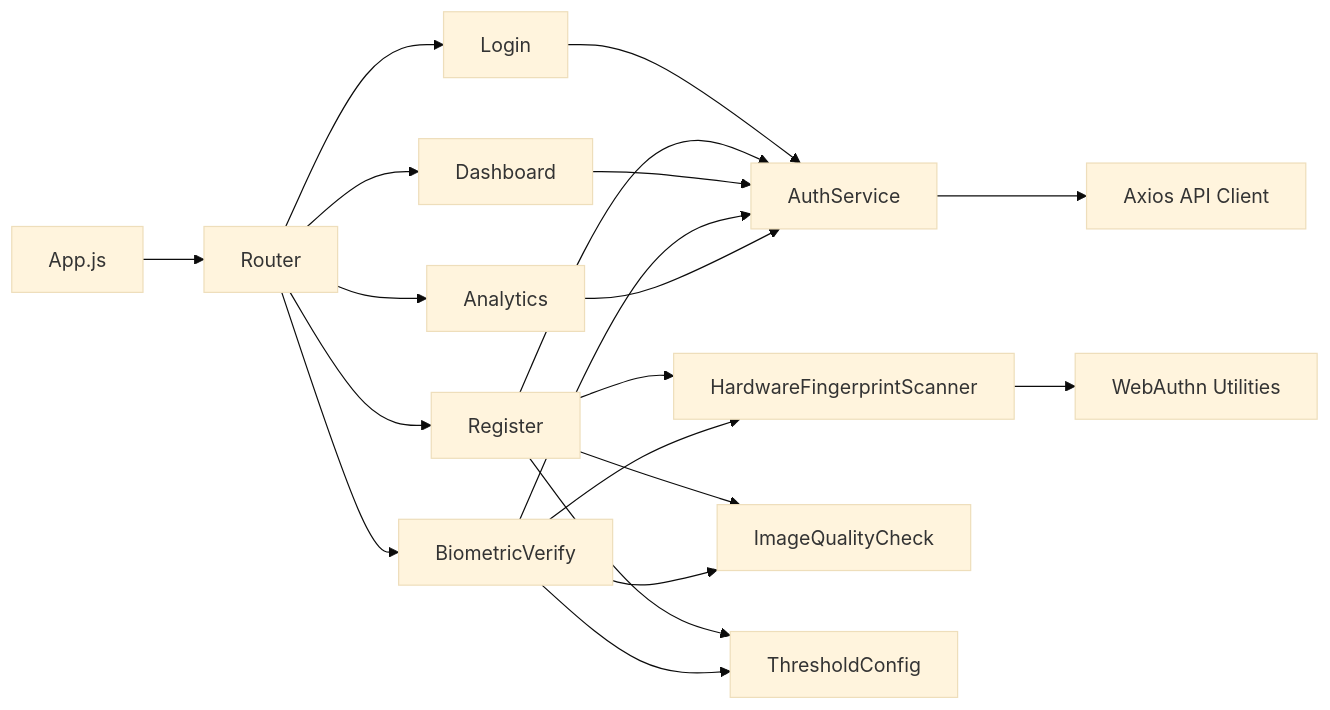
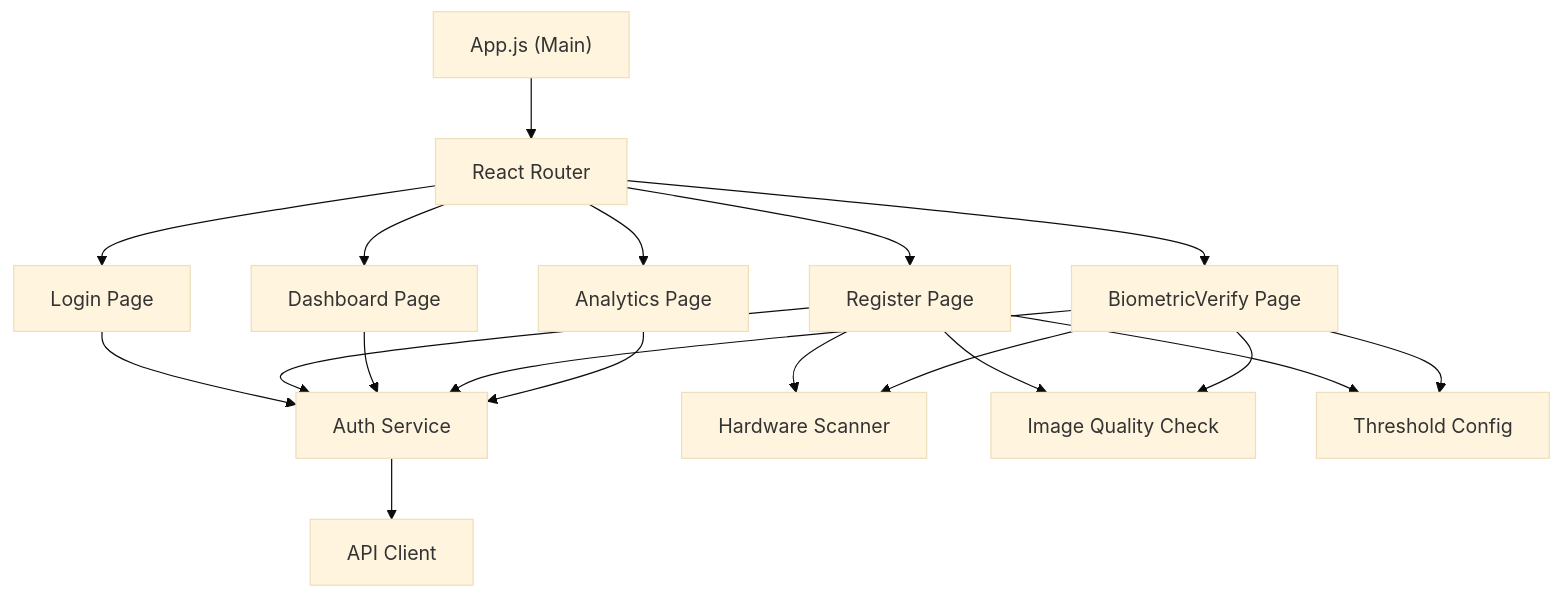
The second of 14 diagrams in ARCHITECTURE.md (BTech20/biometric-auth-system), drawn with Mermaid (base theme) before and after one commit. The commit also changed other lines of this file, not shown here.

First line of the commit message:
Fix Mermaid diagram rendering issues for GitHub

````diff
--- a/ARCHITECTURE.md
+++ b/ARCHITECTURE.md
@@ -96,27 +106,34 @@
 ```mermaid
-graph LR
-    A[App.js] --> B[Router]
-    B --> C[Login]
-    B --> D[Register]
-    B --> E[Dashboard]
-    B --> F[BiometricVerify]
-    B --> G[Analytics]
+graph TD
+    A["App.js (Main)"] 
+    B["React Router"]
+    C["Login Page"]
+    D["Register Page"]
+    E["Dashboard Page"]
+    F["BiometricVerify Page"]
+    G["Analytics Page"]
+    H["Auth Service"]
+    I["API Client"]
+    J["Hardware Scanner"]
+    K["Image Quality Check"]
+    L["Threshold Config"]
     
-    C --> H[AuthService]
+    A --> B
+    B --> C
+    B --> D
+    B --> E
+    B --> F
+    B --> G
+    C --> H
     D --> H
     E --> H
     F --> H
     G --> H
-    
-    H --> I[Axios API Client]
-    
-    D --> J[HardwareFingerprintScanner]
-    D --> K[ImageQualityCheck]
-    D --> L[ThresholdConfig]
-    
+    H --> I
+    D --> J
+    D --> K
+    D --> L
     F --> J
     F --> K
     F --> L
-    
-    J --> M[WebAuthn Utilities]
 ```
````
